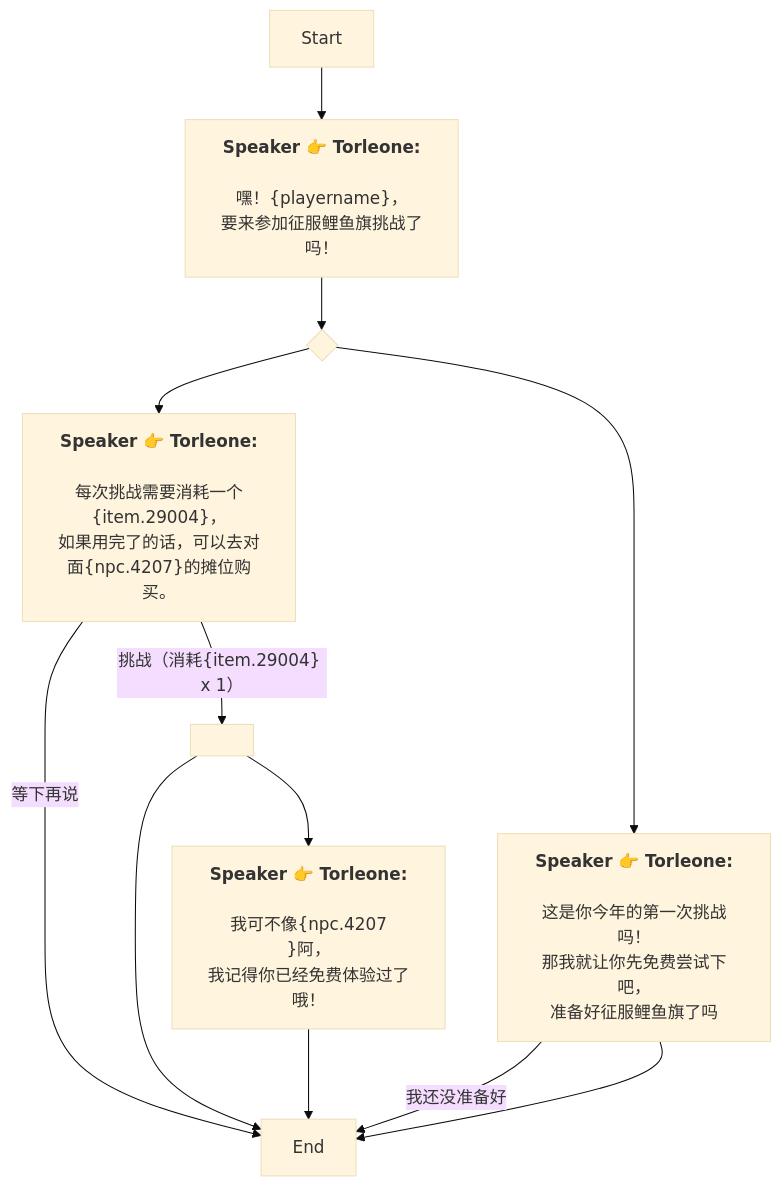
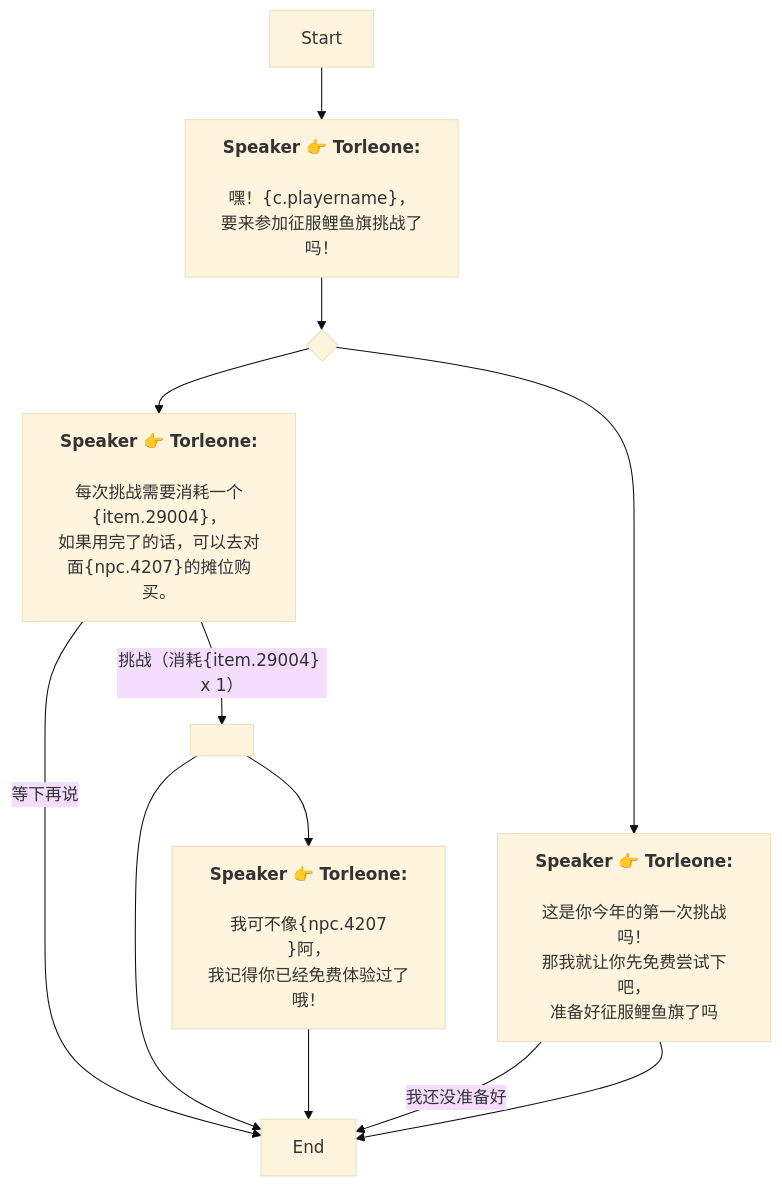
The diagram in Zh/AddDialogNode_1747827838779673.md (SoftHu/tos_avg), drawn with Mermaid (base theme) before and after one commit. The commit also changed 410 other files, not shown here.

````diff
--- a/Zh/AddDialogNode_1747827838779673.md
+++ b/Zh/AddDialogNode_1747827838779673.md
@@ -1,25 +1,25 @@
 ```mermaid
 graph
 Start -->1747827907015965[<b>Speaker 👉 Torleone:</b>
-\n嘿！&lbrace;playername&rbrace;，
+\n嘿！&lbrace;c.playername&rbrace;，
 要来参加征服鲤鱼旗挑战了吗！]
 1747827907015965 -->1752005422132562{ }
 1752005422132562 -->1752005655631188[<b>Speaker 👉 Torleone:</b>
 \n每次挑战需要消耗一个&lbrace;item.29004&rbrace;，
 如果用完了的话，可以去对面&lbrace;npc.4207&rbrace;的摊位购买。]
 1752005422132562 -->1752005877835099[<b>Speaker 👉 Torleone:</b>
 \n这是你今年的第一次挑战吗！
 那我就让你先免费尝试下吧，
 准备好征服鲤鱼旗了吗]
 1752005655631188 -->|挑战（消耗&lbrace;item.29004&rbrace; x 1）|1752005867783514[ ]
 1752005655631188 -->|等下再说|1747827980024094[End]
 1752005867783514 -->1752006146056546[<b>Speaker 👉 Torleone:</b>
 \n我可不像&lbrace;npc.4207
 &rbrace;阿，
 我记得你已经免费体验过了哦！]
 1752005867783514 -->1747827980024094[End]
 1752006146056546 -->1747827980024094[End]
 1752005877835099 -->|我还没准备好|1747827980024094[End]
 1752005877835099 -->1747827980024094[End]
 
 ```
````
